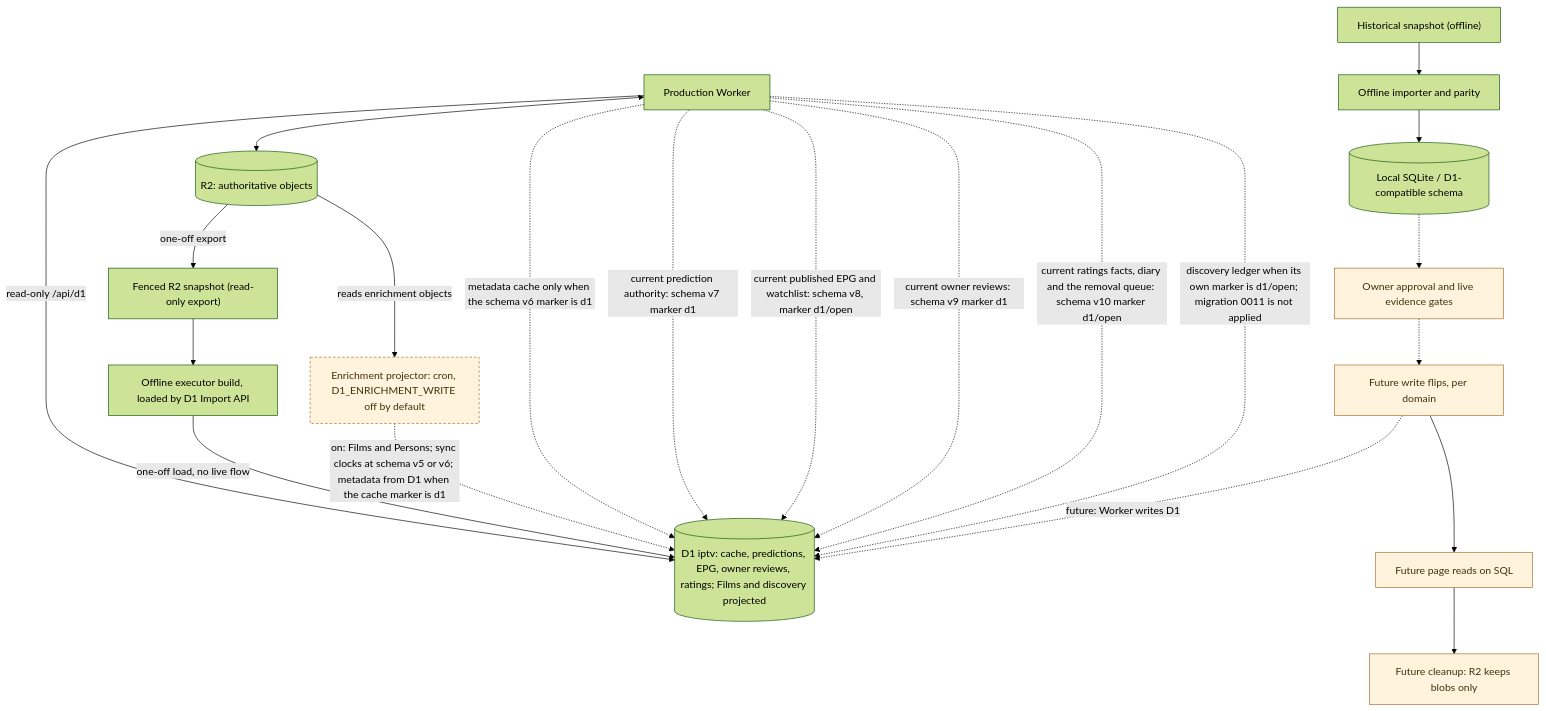
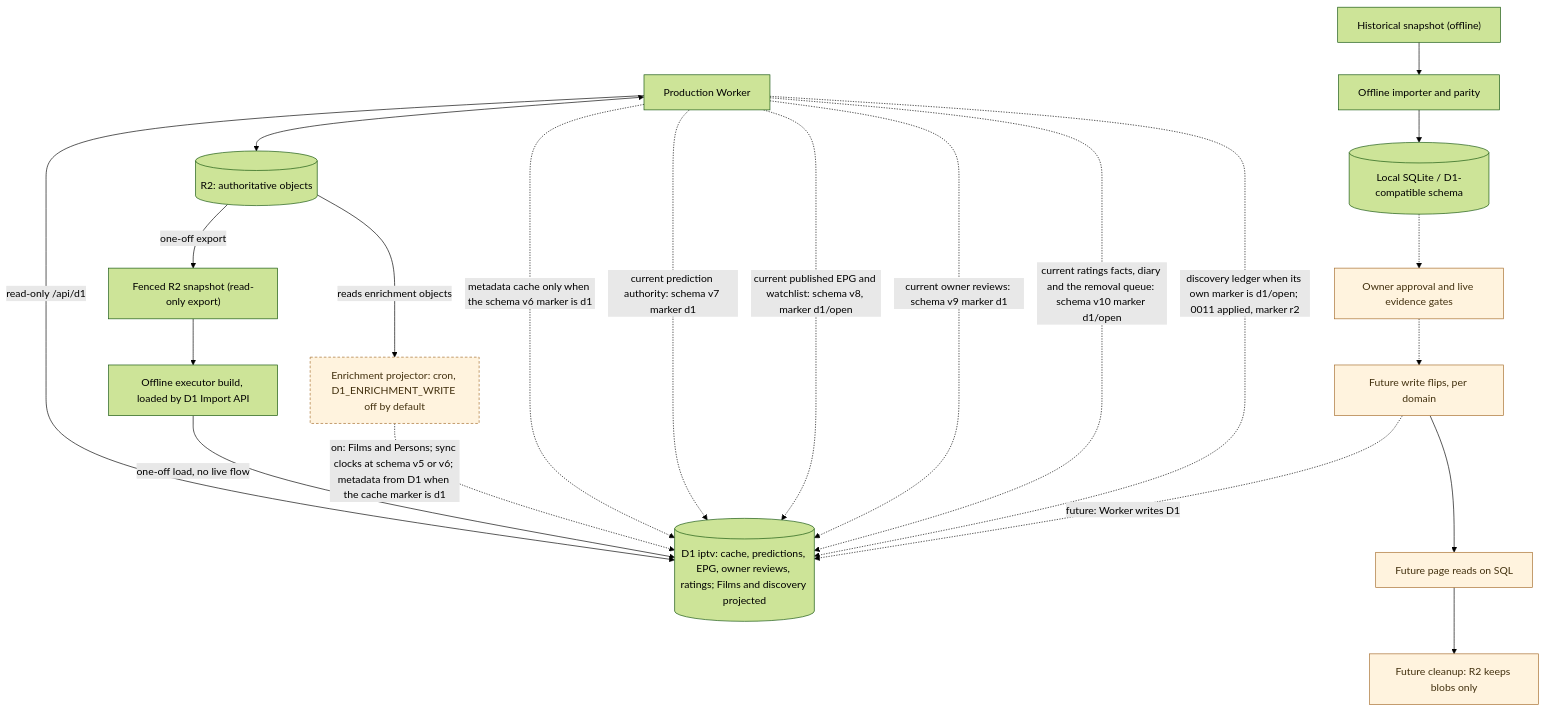
The diagram in docs/architecture/persistence-and-migration.md (vladimino/iptv-watchlist), drawn with Mermaid (forest theme) before and after one commit. The commit also changed other lines of this file and 18 other files, not shown here.

First line of the commit message:
Record the production discovery schema apply.

````diff
--- a/docs/architecture/persistence-and-migration.md
+++ b/docs/architecture/persistence-and-migration.md
@@ -5,34 +5,34 @@
 ```mermaid
 flowchart TD
     worker["Production Worker"]
     r2[("R2: authoritative objects")]
     archive["Historical snapshot (offline)"]
     importer["Offline importer and parity"]
     local[("Local SQLite / D1-compatible schema")]
     gate["Owner approval and live evidence gates"]
     snapshot["Fenced R2 snapshot (read-only export)"]
     reload["Offline executor build, loaded by D1 Import API"]
     d1[("D1 iptv: cache, predictions, EPG, owner reviews, ratings; Films and discovery projected")]
     projector["Enrichment projector: cron, D1_ENRICHMENT_WRITE off by default"]
     flipWrite["Future write flips, per domain"]
     flipRead["Future page reads on SQL"]
     retire["Future cleanup: R2 keeps blobs only"]
     worker <--> r2
     worker -->|read-only /api/d1| d1
     archive --> importer --> local
     local -.-> gate
     r2 -->|one-off export| snapshot --> reload -->|one-off load, no live flow| d1
     r2 -->|reads enrichment objects| projector -.->|on: Films and Persons; sync clocks at schema v5 or v6; metadata from D1 when the cache marker is d1| d1
     worker -.->|metadata cache only when the schema v6 marker is d1| d1
     worker -.->|current prediction authority: schema v7 marker d1| d1
     worker -.->|current published EPG and watchlist: schema v8, marker d1/open| d1
     worker -.->|current owner reviews: schema v9 marker d1| d1
     worker -.->|current ratings facts, diary and the removal queue: schema v10 marker d1/open| d1
-    worker -.->|discovery ledger when its own marker is d1/open; migration 0011 is not applied| d1
+    worker -.->|discovery ledger when its own marker is d1/open; 0011 applied, marker r2| d1
     gate -.-> flipWrite -.->|future: Worker writes D1| d1
     flipWrite --> flipRead --> retire
     classDef future fill:#fff3de,stroke:#a56c2b,color:#42300e
     classDef gated fill:#fff3de,stroke:#a56c2b,color:#42300e,stroke-dasharray:4 3
     class gate,flipWrite,flipRead,retire future
     class projector gated
 ```
````
